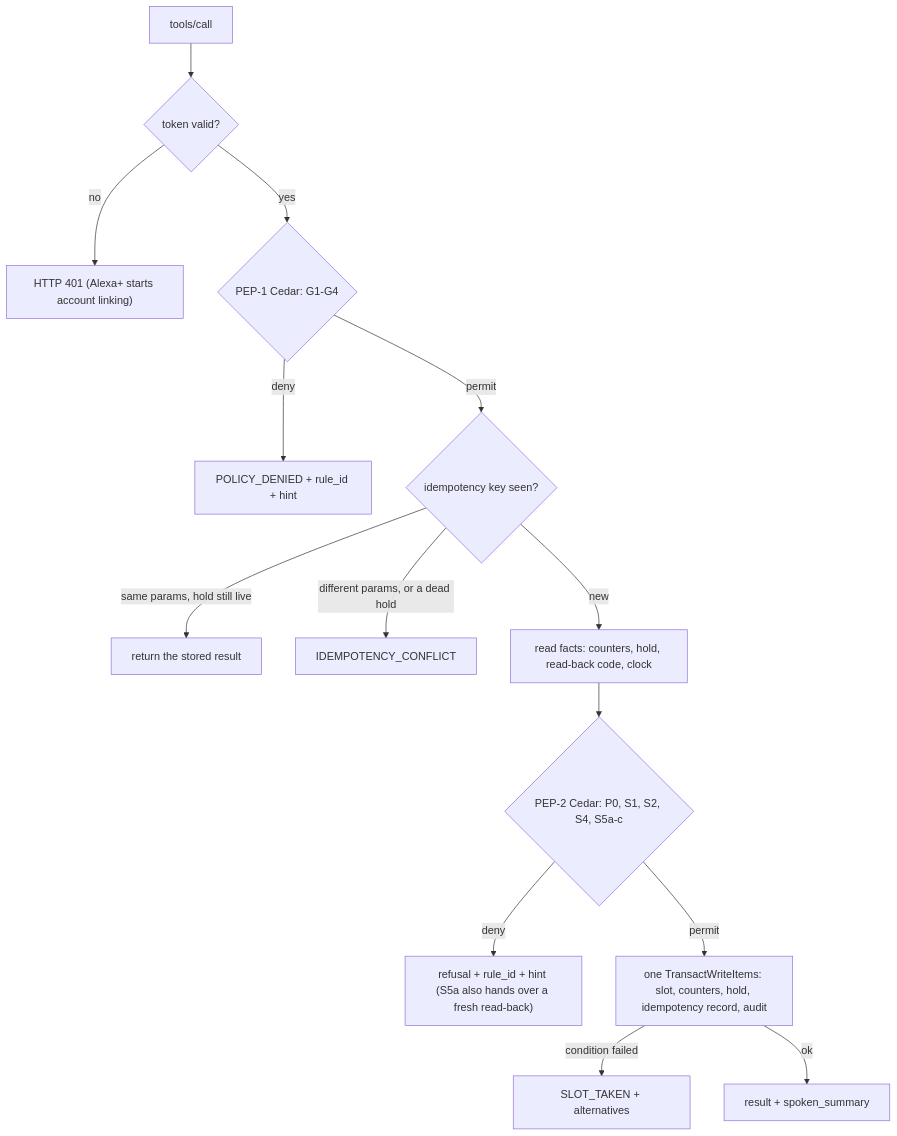
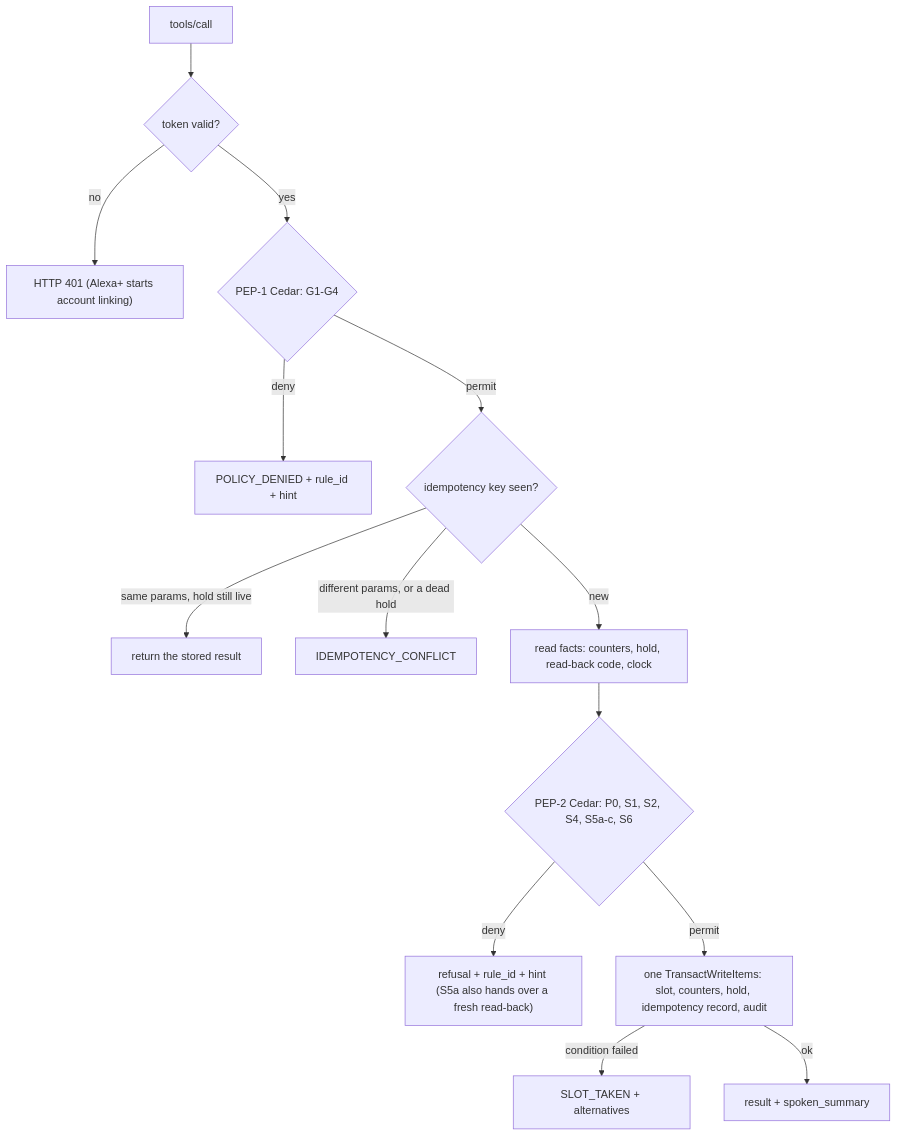
The second of 3 diagrams in docs/ARCHITECTURE.md (thphuc06/FairTable), drawn with Mermaid before and after one commit. The commit also changed other lines of this file and 38 other files, not shown here.

````diff
--- a/docs/ARCHITECTURE.md
+++ b/docs/ARCHITECTURE.md
@@ -78,16 +78,16 @@
 ```mermaid
 flowchart TD
   A["tools/call"] --> T{"token valid?"}
   T -- no --> U["HTTP 401 (Alexa+ starts account linking)"]
   T -- yes --> P1{"PEP-1 Cedar: G1-G4"}
   P1 -- deny --> R1["POLICY_DENIED + rule_id + hint"]
   P1 -- permit --> I{"idempotency key seen?"}
   I -- "same params, hold still live" --> RP["return the stored result"]
   I -- "different params, or a dead hold" --> C["IDEMPOTENCY_CONFLICT"]
   I -- new --> F["read facts: counters, hold, read-back code, clock"]
-  F --> P2{"PEP-2 Cedar: P0, S1, S2, S4, S5a-c"}
+  F --> P2{"PEP-2 Cedar: P0, S1, S2, S4, S5a-c, S6"}
   P2 -- "deny" --> R2["refusal + rule_id + hint (S5a also hands over a fresh read-back)"]
   P2 -- permit --> W["one TransactWriteItems: slot, counters, hold, idempotency record, audit"]
   W -- "condition failed" --> S["SLOT_TAKEN + alternatives"]
   W -- ok --> OK["result + spoken_summary"]
 ```
````
